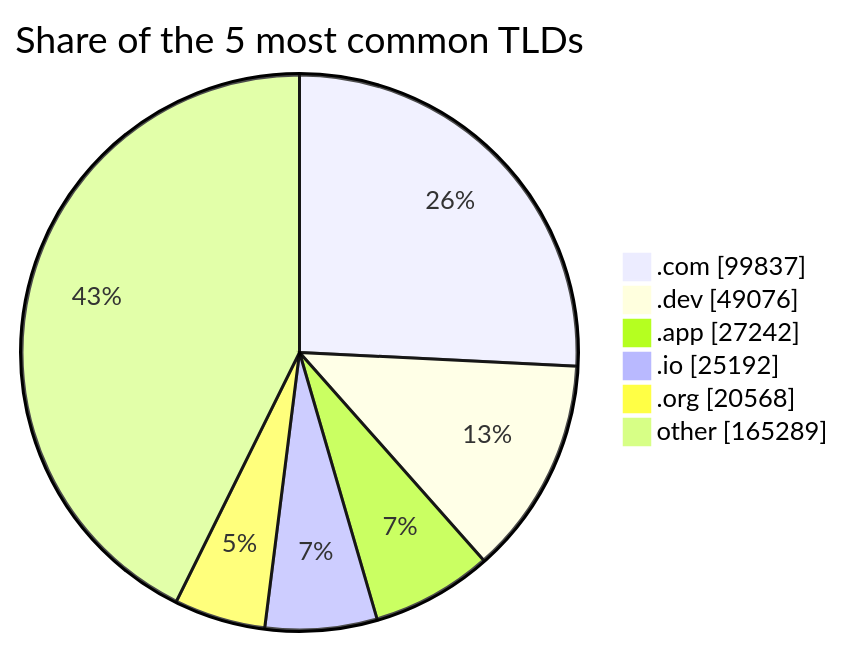
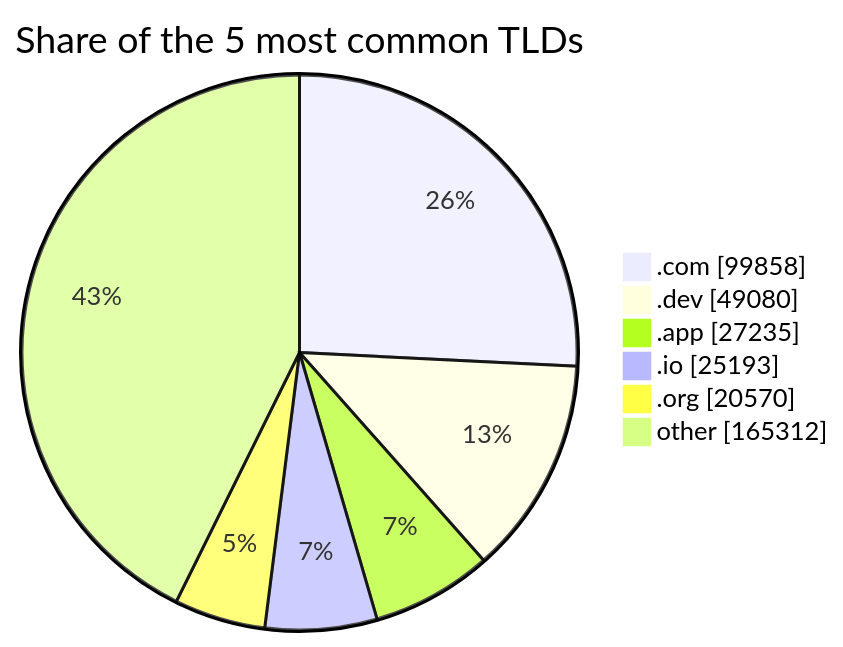
One commit to DNSBunker/CTI changed the third of 3 diagrams in README.md. Above: the diagram before and after it, drawn with Mermaid. The commit also changed other lines of this file and 3 other files, not shown here.

````diff
--- a/README.md
+++ b/README.md
@@ -81,9 +81,9 @@
 ```mermaid
 pie showData title Share of the 5 most common TLDs
-    ".com" : 99837
-    ".dev" : 49076
-    ".app" : 27242
-    ".io" : 25192
-    ".org" : 20568
-    "other" : 165289
+    ".com" : 99858
+    ".dev" : 49080
+    ".app" : 27235
+    ".io" : 25193
+    ".org" : 20570
+    "other" : 165312
 ```
````
